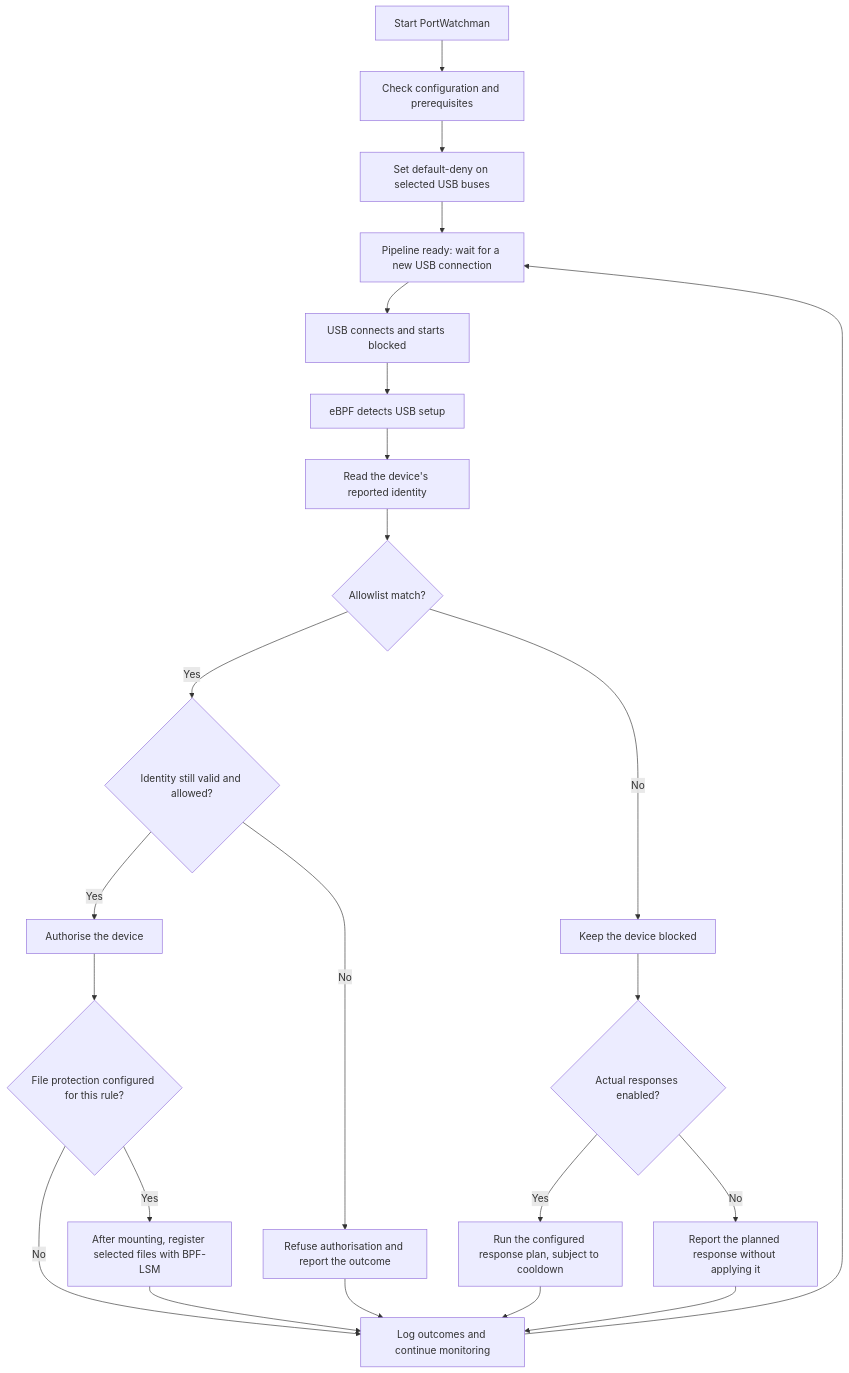
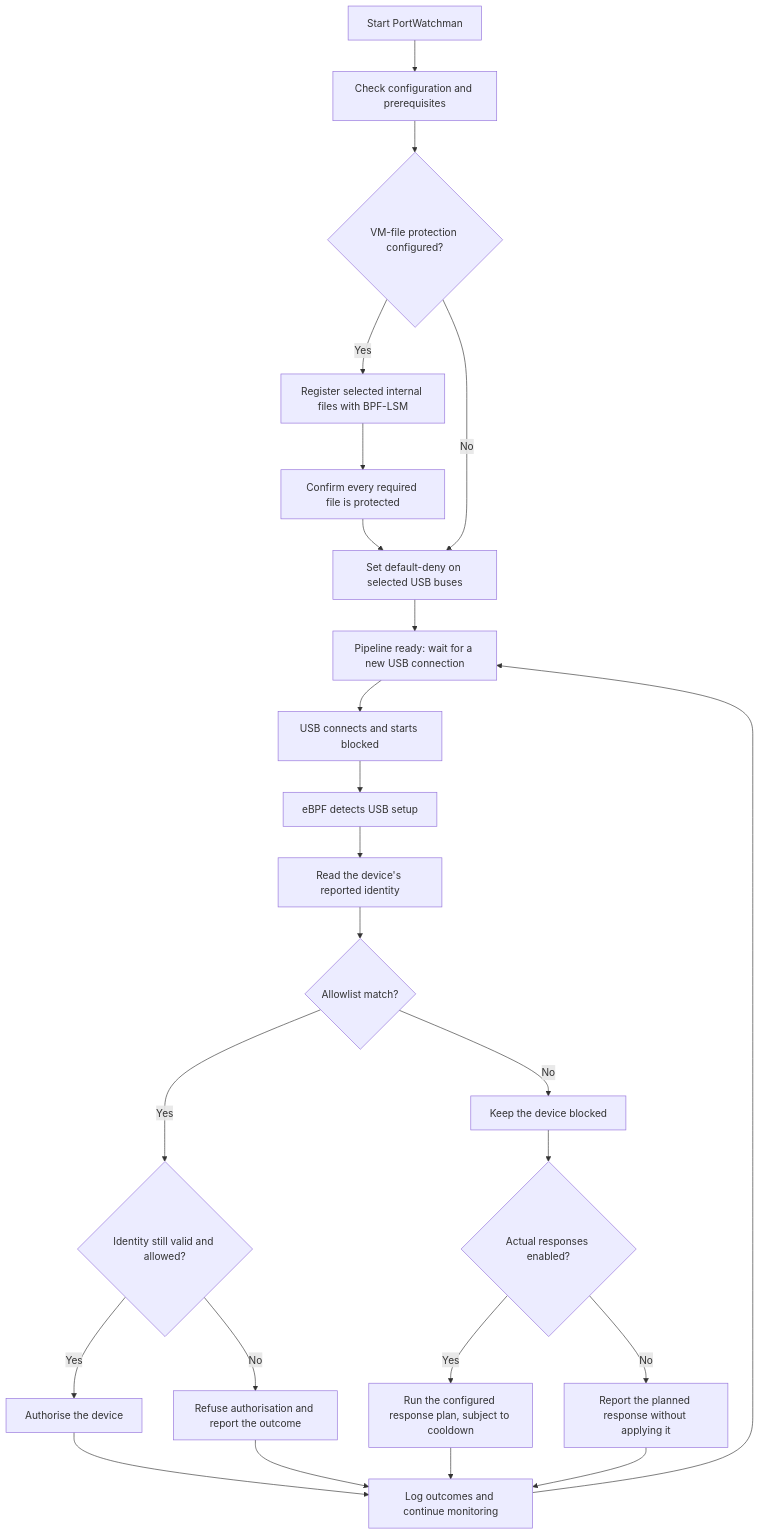
Before and after one commit to Matzz2401229/ForensicSherlocks_Project: the diagram in README.md, drawn with Mermaid. The commit also changed other lines of this file and 17 other files, not shown here.

Commit message:
Keeps selected VM files restricted whenever the service is running, regardless whether a USB is authorized

````diff
--- a/README.md
+++ b/README.md
@@ -30,27 +30,28 @@
 ```mermaid
 flowchart TD
     Start["Start PortWatchman"] --> Check["Check configuration and prerequisites"]
-    Check --> Default["Set default-deny on selected USB buses"]
+    Check --> Local{"VM-file protection configured?"}
+    Local -->|Yes| Protect["Register selected internal files with BPF-LSM"]
+    Protect --> Verify["Confirm every required file is protected"]
+    Verify --> Default["Set default-deny on selected USB buses"]
+    Local -->|No| Default
     Default --> Ready["Pipeline ready: wait for a new USB connection"]
     Ready --> USB["USB connects and starts blocked"]
     USB --> Monitor["eBPF detects USB setup"]
     Monitor --> Identify["Read the device's reported identity"]
     Identify --> Policy{"Allowlist match?"}
 
     Policy -->|Yes| Revalidate{"Identity still valid and allowed?"}
     Revalidate -->|Yes| Allow["Authorise the device"]
     Revalidate -->|No| Refuse["Refuse authorisation and report the outcome"]
-    Allow --> LSM{"File protection configured for this rule?"}
-    LSM -->|Yes| Register["After mounting, register selected files with BPF-LSM"]
-    LSM -->|No| Log["Log outcomes and continue monitoring"]
-    Register --> Log
+    Allow --> Log["Log outcomes and continue monitoring"]
     Refuse --> Log
 
     Policy -->|No| Block["Keep the device blocked"]
     Block --> Apply{"Actual responses enabled?"}
     Apply -->|Yes| Response["Run the configured response plan, subject to cooldown"]
     Apply -->|No| Preview["Report the planned response without applying it"]
     Response --> Log
     Preview --> Log
     Log --> Ready
 ```
````
